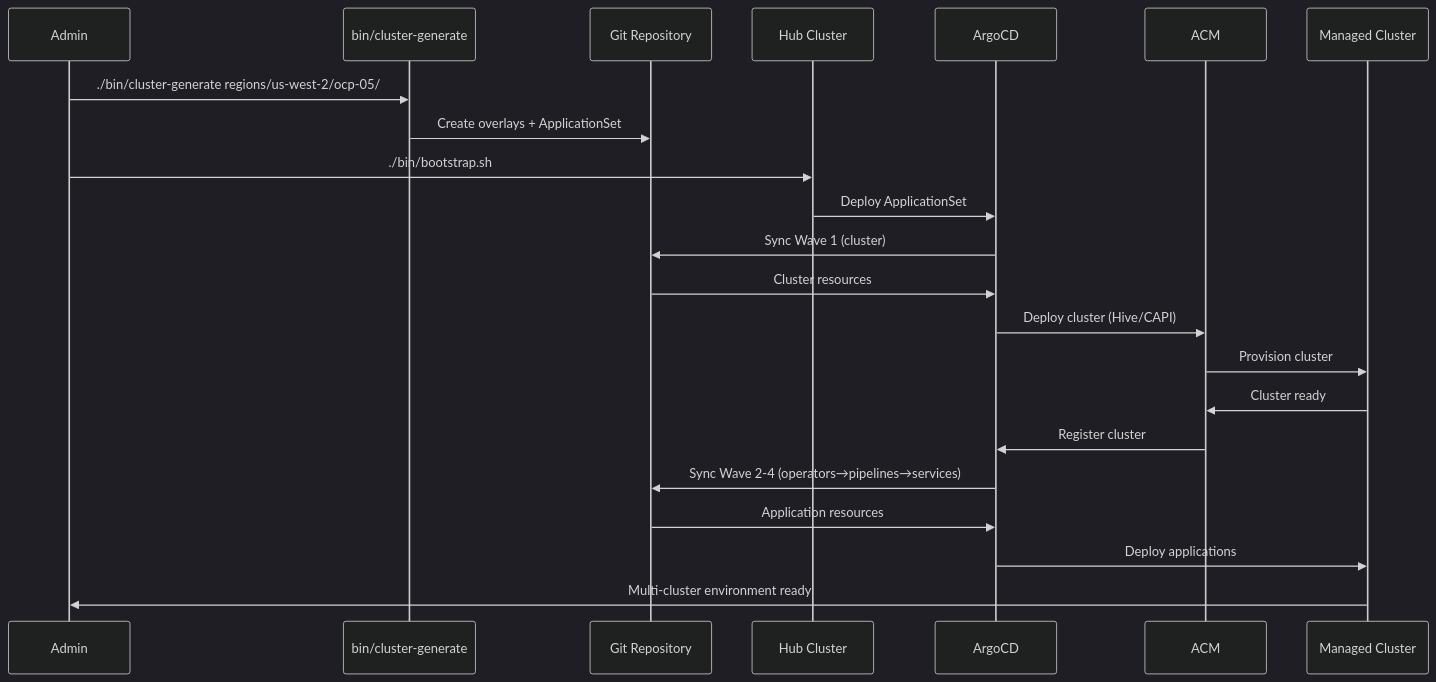
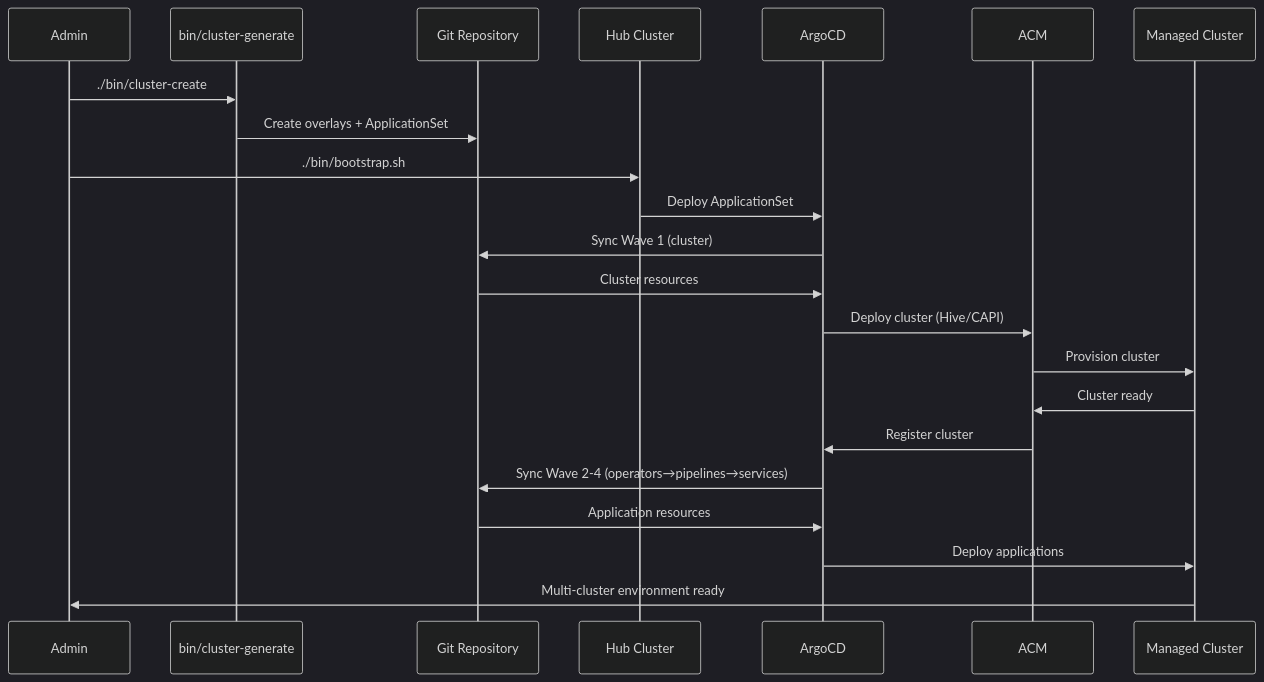
The diagram in README.md (openshift-online/bootstrap-hyperfleet), drawn with Mermaid (dark theme) before and after one commit. The commit also changed other lines of this file and 12 other files, not shown here.

````diff
--- a/README.md
+++ b/README.md
@@ -225,30 +152,30 @@
 ```mermaid
 sequenceDiagram
    participant Admin
    participant Generator as bin/cluster-generate
    participant Git as Git Repository
    participant Hub as Hub Cluster
    participant ArgoCD
    participant ACM
    participant Target as Managed Cluster
    
-   Admin->>Generator: ./bin/cluster-generate regions/us-west-2/ocp-05/
+   Admin->>Generator: ./bin/cluster-create
    Generator->>Git: Create overlays + ApplicationSet
    
    Admin->>Hub: ./bin/bootstrap.sh
    Hub->>ArgoCD: Deploy ApplicationSet
    
    ArgoCD->>Git: Sync Wave 1 (cluster)
    Git->>ArgoCD: Cluster resources
    ArgoCD->>ACM: Deploy cluster (Hive/CAPI)
    ACM->>Target: Provision cluster
    
    Target->>ACM: Cluster ready
    ACM->>ArgoCD: Register cluster
    
    ArgoCD->>Git: Sync Wave 2-4 (operators→pipelines→services)
    Git->>ArgoCD: Application resources
    ArgoCD->>Target: Deploy applications
    
    Target->>Admin: Multi-cluster environment ready
 ```
````
